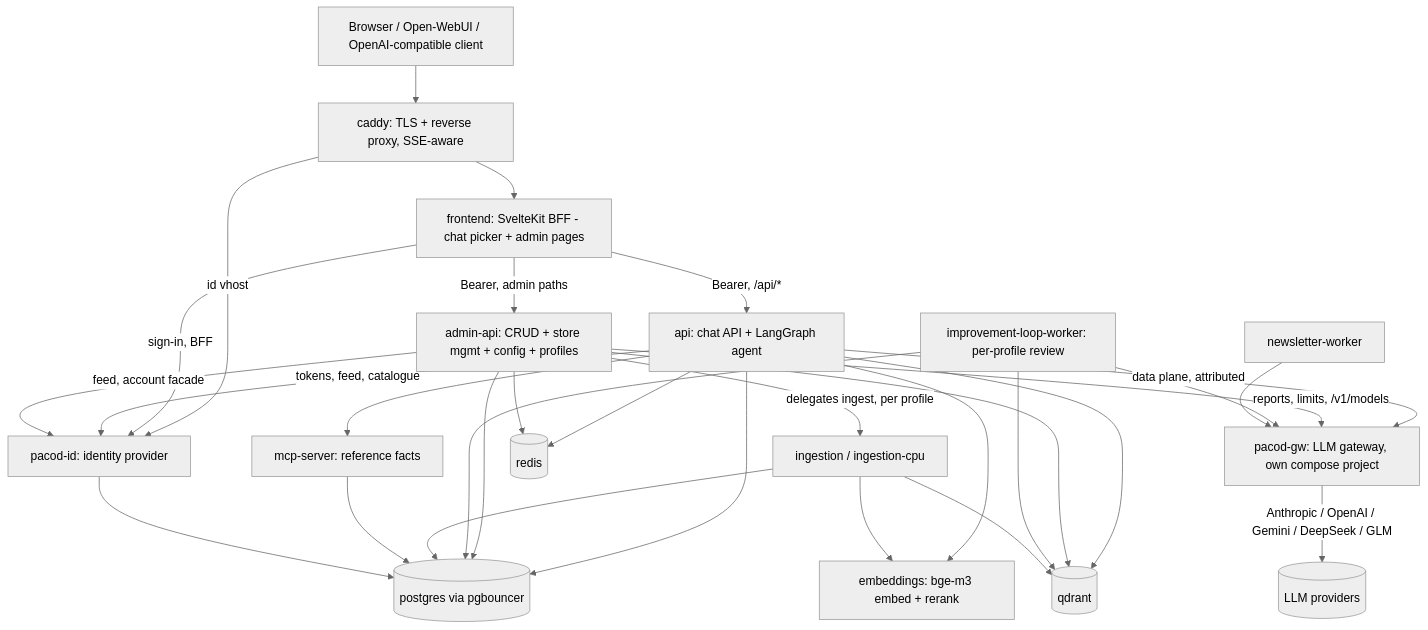
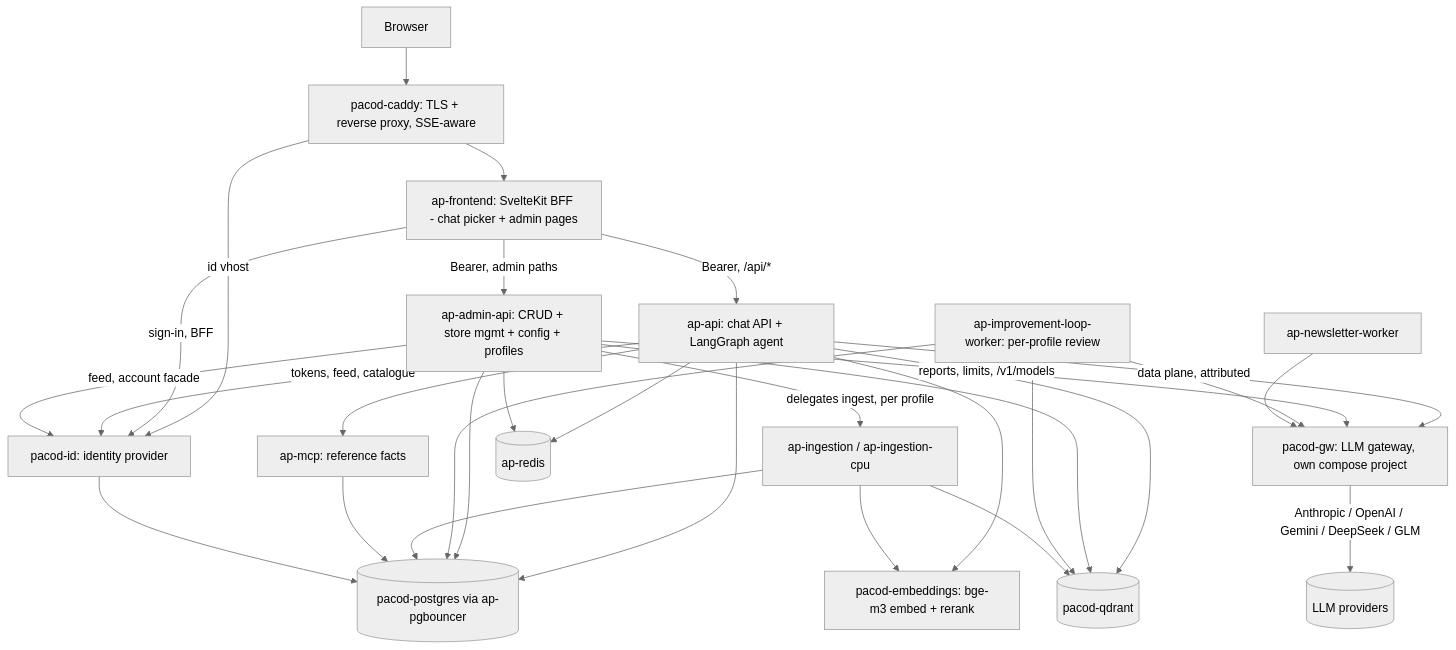
One commit to pacod22/pacod-ap changed the first of 5 diagrams in pacod-api/ARCHITECTURE.md. Above: the diagram before and after it, drawn with Mermaid (neutral theme). The commit also changed other lines of this file and 102 other files, not shown here.

First line of the commit message:
Join pacod-net, share the platform components, remove Open-WebUI

````diff
--- a/pacod-api/ARCHITECTURE.md
+++ b/pacod-api/ARCHITECTURE.md
@@ -88,47 +88,47 @@
 ```mermaid
 flowchart TB
-    Client[Browser / Open-WebUI / OpenAI-compatible client]
-    Caddy[caddy: TLS + reverse proxy, SSE-aware]
-    FE[frontend: SvelteKit BFF - chat picker + admin pages]
-    API[api: chat API + LangGraph agent]
-    ADM[admin-api: CRUD + store mgmt + config + profiles]
-    ING[ingestion / ingestion-cpu]
-    MCP[mcp-server: reference facts]
-    EMB[embeddings: bge-m3 embed + rerank]
+    Client[Browser]
+    Caddy[pacod-caddy: TLS + reverse proxy, SSE-aware]
+    FE[ap-frontend: SvelteKit BFF - chat picker + admin pages]
+    API[ap-api: chat API + LangGraph agent]
+    ADM[ap-admin-api: CRUD + store mgmt + config + profiles]
+    ING[ap-ingestion / ap-ingestion-cpu]
+    MCP[ap-mcp: reference facts]
+    EMB[pacod-embeddings: bge-m3 embed + rerank]
     ID[pacod-id: identity provider]
     GW[pacod-gw: LLM gateway, own compose project]
-    LOOP[improvement-loop-worker: per-profile review]
-    NEWS[newsletter-worker]
-    PG[(postgres via pgbouncer)]
-    RD[(redis)]
-    QD[(qdrant)]
+    LOOP[ap-improvement-loop-worker: per-profile review]
+    NEWS[ap-newsletter-worker]
+    PG[(pacod-postgres via ap-pgbouncer)]
+    RD[(ap-redis)]
+    QD[(pacod-qdrant)]
 
     Client --> Caddy --> FE
     Caddy -->|id vhost| ID
     FE -->|sign-in, BFF| ID
     FE -->|Bearer, /api/*| API
     FE -->|Bearer, admin paths| ADM
     API -->|tokens, feed, catalogue| ID
     ADM -->|feed, account facade| ID
     API -->|data plane, attributed| GW
     API --> MCP
     API --> EMB
     API --> QD
     API --> PG
     API --> RD
     ADM --> PG
     ADM --> RD
     ADM --> QD
     ADM -->|delegates ingest, per profile| ING
     ADM -->|reports, limits, /v1/models| GW
     LOOP --> PG
     LOOP --> QD
     LOOP --> GW
     NEWS --> GW
     ING --> EMB
     ING --> QD
     ING --> PG
     MCP --> PG
     ID --> PG
     GW -->|Anthropic / OpenAI / Gemini / DeepSeek / GLM| Providers[(LLM providers)]
 ```
````
